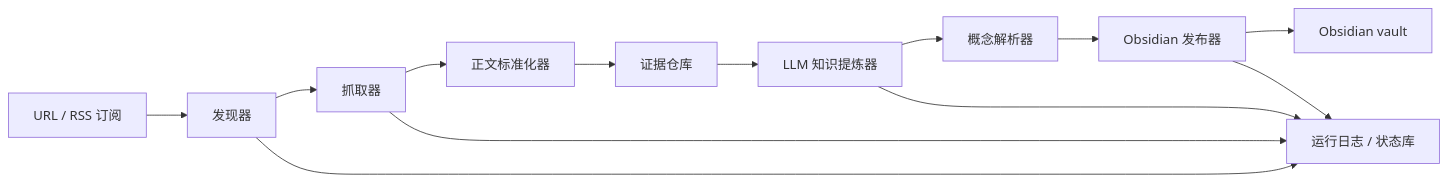
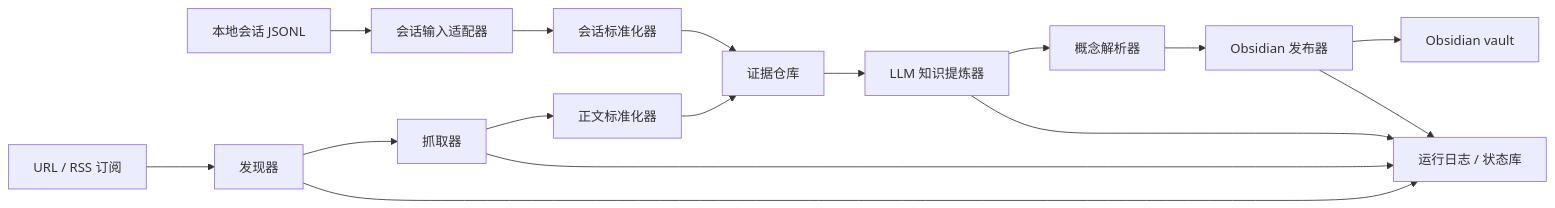
Before and after one commit to Kingminghuang/AgentFerry: the diagram in docs/superpowers/specs/2026-08-03-web-to-obsidian-knowledge-pipeline-design.md, drawn with Mermaid. The commit also changed other lines of this file, not shown here.

```diff
--- a/docs/superpowers/specs/2026-08-03-web-to-obsidian-knowledge-pipeline-design.md
+++ b/docs/superpowers/specs/2026-08-03-web-to-obsidian-knowledge-pipeline-design.md
@@ -42,15 +43,18 @@
 ~~~mermaid
 flowchart LR
   A["URL / RSS 订阅"] --> B["发现器"]
   B --> C["抓取器"]
   C --> D["正文标准化器"]
+  K["本地会话 JSONL"] --> L["会话输入适配器"]
+  L --> M["会话标准化器"]
   D --> E["证据仓库"]
+  M --> E
   E --> F["LLM 知识提炼器"]
   F --> G["概念解析器"]
   G --> H["Obsidian 发布器"]
   H --> I["Obsidian vault"]
   B --> J["运行日志 / 状态库"]
   C --> J
   F --> J
   H --> J
 ~~~
```
